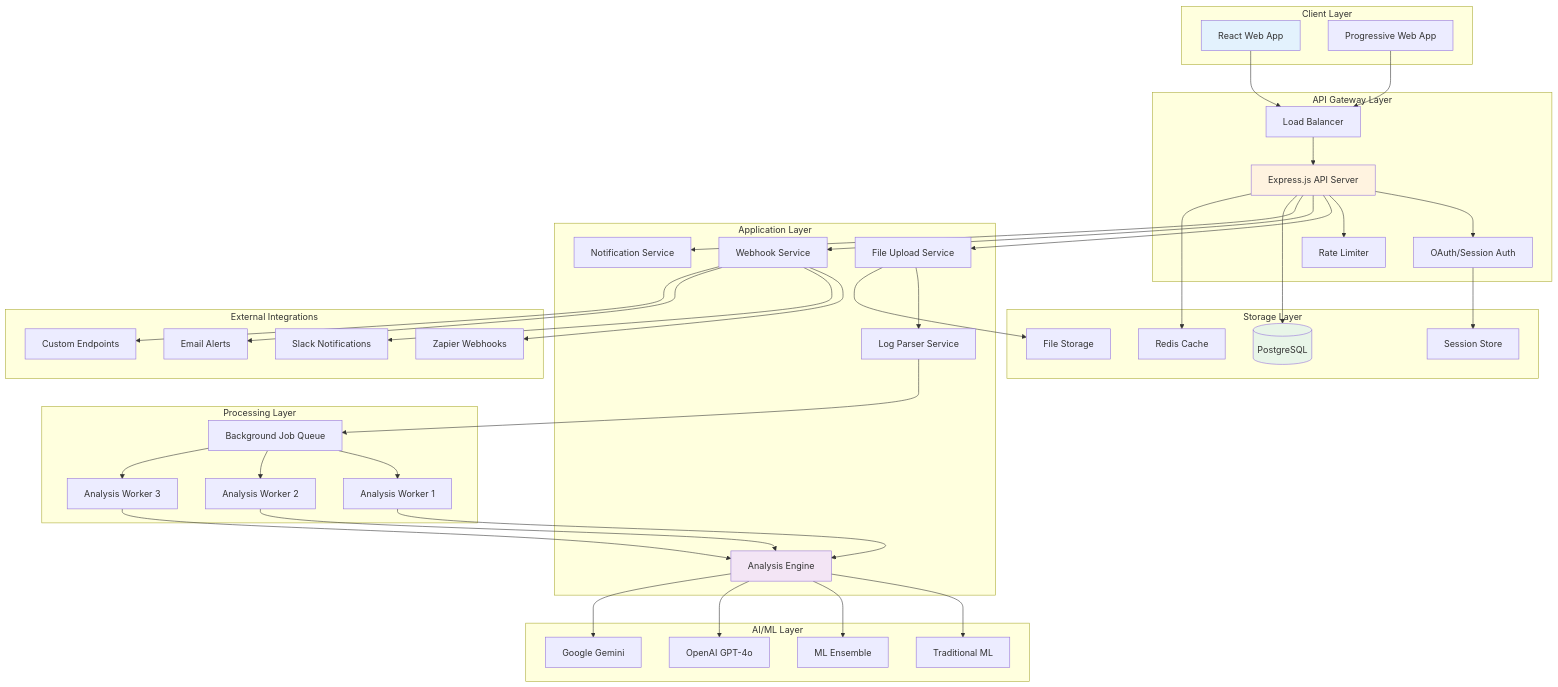
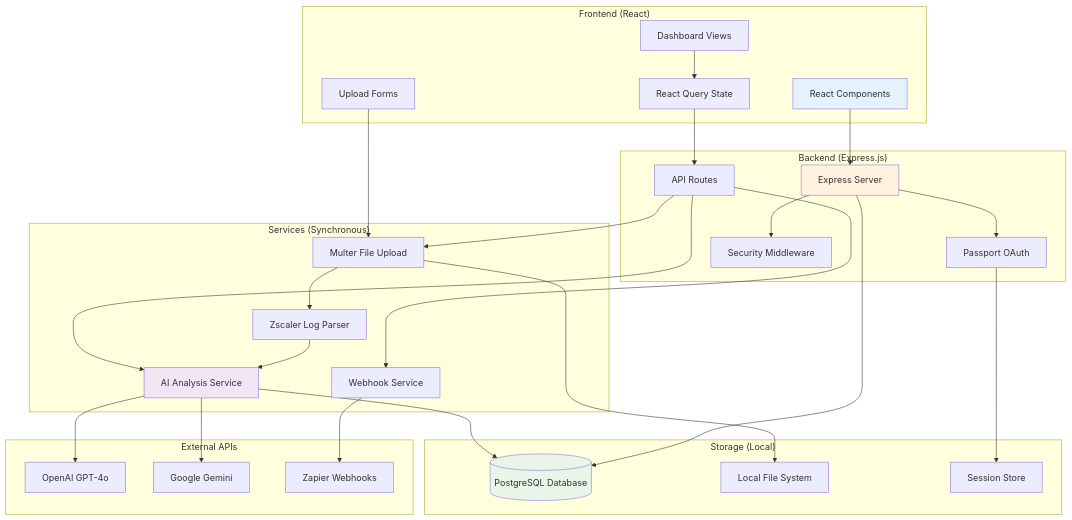
Before and after one commit to vmuthusamy/sentry-log-analysis: the first of 3 diagrams in README.md, drawn with Mermaid. The commit also changed other lines of this file and 1 other file, not shown here.

First line of the commit message:
Update documentation to reflect current system setup accurately

````diff
--- a/README.md
+++ b/README.md
@@ -144,89 +144,61 @@
 ```mermaid
 graph TB
-    subgraph "Client Layer"
-        WEB[React Web App]
-        PWA[Progressive Web App]
+    subgraph "Frontend (React)"
+        UI[React Components]
+        FORMS[Upload Forms]
+        DASH[Dashboard Views]
+        STATE[React Query State]
     end
     
-    subgraph "API Gateway Layer"
-        LB[Load Balancer]
-        API[Express.js API Server]
-        AUTH[OAuth/Session Auth]
-        RATE[Rate Limiter]
+    subgraph "Backend (Express.js)"
+        API[Express Server]
+        AUTH[Passport OAuth]
+        ROUTES[API Routes]
+        MIDDLEWARE[Security Middleware]
     end
     
-    subgraph "Application Layer"
-        UPLOAD[File Upload Service]
-        PARSER[Log Parser Service]
-        ANALYZER[Analysis Engine]
+    subgraph "Services (Synchronous)"
+        UPLOAD[Multer File Upload]
+        PARSER[Zscaler Log Parser]
+        ANALYZER[AI Analysis Service]
         WEBHOOK[Webhook Service]
-        NOTIFY[Notification Service]
     end
     
-    subgraph "Processing Layer"
-        QUEUE[Background Job Queue]
-        WORKER1[Analysis Worker 1]
-        WORKER2[Analysis Worker 2]
-        WORKER3[Analysis Worker 3]
+    subgraph "Storage (Local)"
+        DB[(PostgreSQL Database)]
+        FILES[Local File System]
+        SESSIONS[Session Store]
     end
     
-    subgraph "AI/ML Layer"
-        TRAD[Traditional ML]
-        ENSEMBLE[ML Ensemble]
+    subgraph "External APIs"
         OPENAI[OpenAI GPT-4o]
         GEMINI[Google Gemini]
+        ZAPIER[Zapier Webhooks]
     end
     
-    subgraph "Storage Layer"
-        DB[(PostgreSQL)]
-        BLOB[File Storage]
-        CACHE[Redis Cache]
-        SESSION[Session Store]
-    end
+    UI --> API
+    FORMS --> UPLOAD
+    DASH --> STATE
+    STATE --> ROUTES
     
-    subgraph "External Integrations"
-        ZAPIER[Zapier Webhooks]
-        SLACK[Slack Notifications]
-        EMAIL[Email Alerts]
-        CUSTOM[Custom Endpoints]
-    end
+    API --> AUTH
+    API --> MIDDLEWARE
+    ROUTES --> UPLOAD
+    ROUTES --> ANALYZER
+    ROUTES --> WEBHOOK
     
-    WEB --> LB
-    PWA --> LB
-    LB --> API
-    API --> AUTH
-    API --> RATE
-    
-    API --> UPLOAD
-    API --> WEBHOOK
-    API --> NOTIFY
-    
+    UPLOAD --> FILES
     UPLOAD --> PARSER
-    PARSER --> QUEUE
-    QUEUE --> WORKER1
-    QUEUE --> WORKER2
-    QUEUE --> WORKER3
-    
-    WORKER1 --> ANALYZER
-    WORKER2 --> ANALYZER
-    WORKER3 --> ANALYZER
-    
-    ANALYZER --> TRAD
-    ANALYZER --> ENSEMBLE
+    PARSER --> ANALYZER
     ANALYZER --> OPENAI
     ANALYZER --> GEMINI
+    ANALYZER --> DB
     
-    UPLOAD --> BLOB
+    AUTH --> SESSIONS
     API --> DB
-    API --> CACHE
-    AUTH --> SESSION
+    WEBHOOK --> ZAPIER
     
-    WEBHOOK --> ZAPIER
-    WEBHOOK --> SLACK
-    WEBHOOK --> EMAIL
-    WEBHOOK --> CUSTOM
-    
-    style WEB fill:#e3f2fd
+    style UI fill:#e3f2fd
     style API fill:#fff3e0
     style ANALYZER fill:#f3e5f5
     style DB fill:#e8f5e8
````
